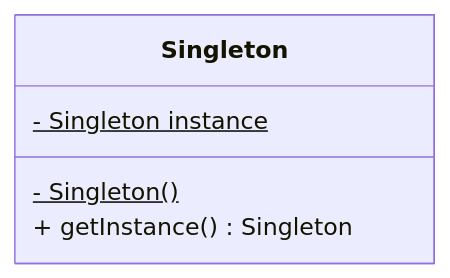
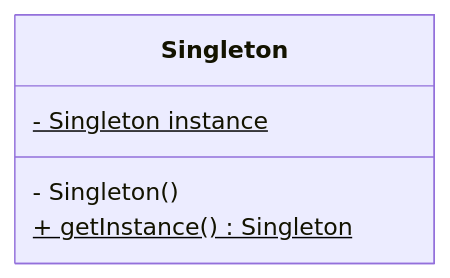
Before and after one commit to angelromarco04/MyNotes: the diagram in Programming/Patterns/data/Singleton.md, drawn with Mermaid.

Commit message:
vault backup: 2024-03-16 12:19:30

````diff
--- a/Programming/Patterns/data/Singleton.md
+++ b/Programming/Patterns/data/Singleton.md
@@ -27,8 +27,8 @@
 ```mermaid
 classDiagram
 class Singleton {
 	- Singleton instance $
-	- Singleton()$
-	+ getInstance() Singleton
+	- Singleton()
+	+ getInstance() Singleton $
 }
 ```
````
